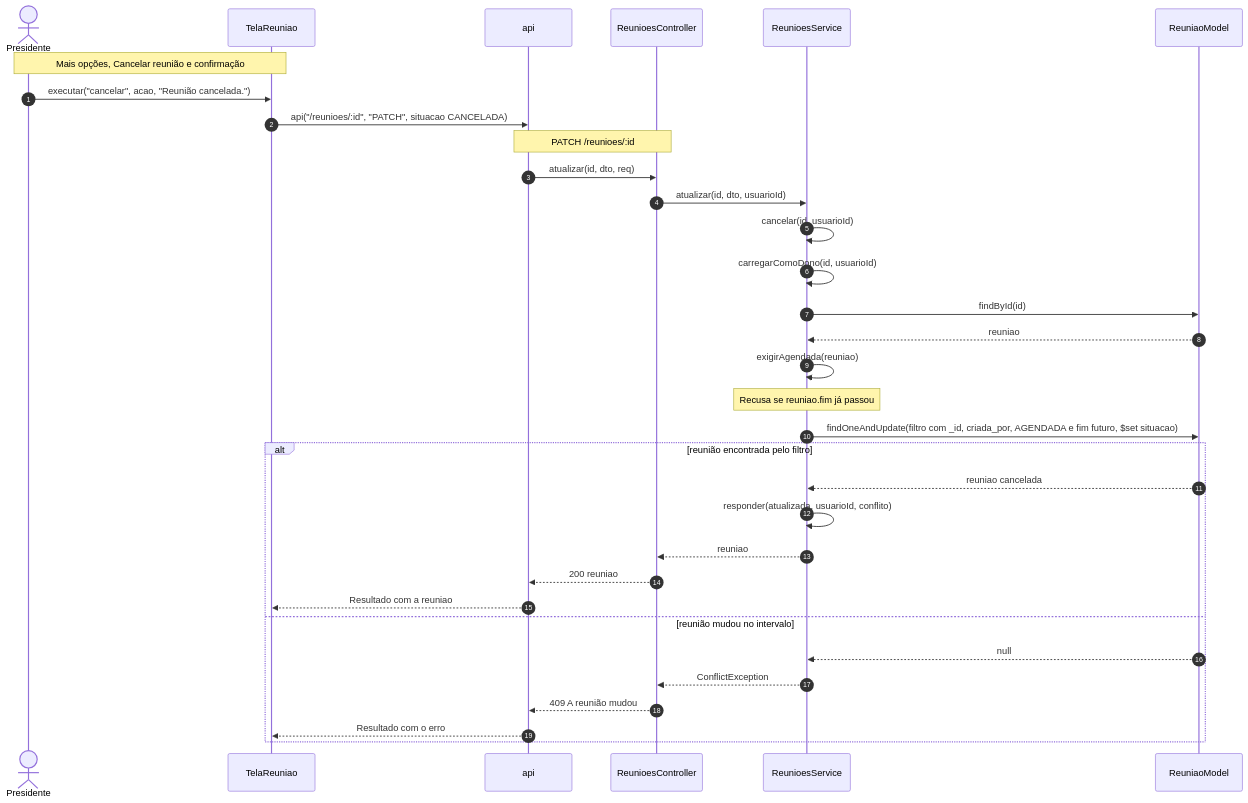
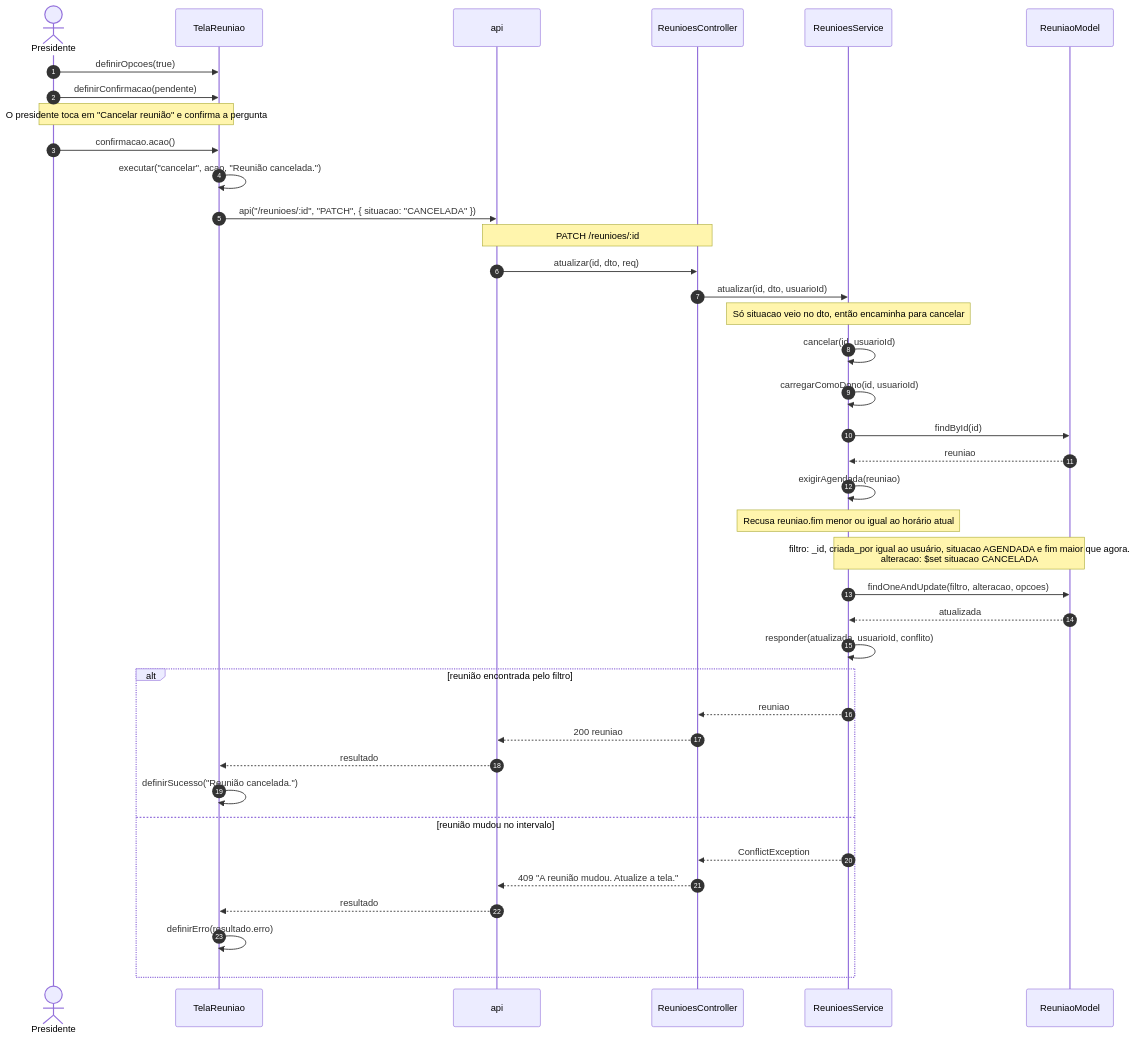
Before and after one commit to Conecta-IFSP/DOCUMENTATION: the fourth of 20 diagrams in 3 - Incremento2/reunioes/6 - diagramas-sequencia-reunioes.md, drawn with Mermaid. The commit also changed other lines of this file and 10 other files, not shown here.

````diff
--- a/3 - Incremento2/reunioes/6 - diagramas-sequencia-reunioes.md
+++ b/3 - Incremento2/reunioes/6 - diagramas-sequencia-reunioes.md
@@ -110,35 +135,41 @@
 ```mermaid
 sequenceDiagram
     autonumber
     actor U as Presidente
     participant T as TelaReuniao
     participant A as api
     participant C as ReunioesController
     participant S as ReunioesService
     participant M as ReuniaoModel
-    Note over U,T: Mais opções, Cancelar reunião e confirmação
-    U->>T: executar("cancelar", acao, "Reunião cancelada.")
-    T->>A: api("/reunioes/:id", "PATCH", situacao CANCELADA)
+    U->>T: definirOpcoes(true)
+    U->>T: definirConfirmacao(pendente)
+    Note over U,T: O presidente toca em "Cancelar reunião" e confirma a pergunta
+    U->>T: confirmacao.acao()
+    T->>T: executar("cancelar", acao, "Reunião cancelada.")
+    T->>A: api("/reunioes/:id", "PATCH", { situacao: "CANCELADA" })
     Note over A,C: PATCH /reunioes/:id
     A->>C: atualizar(id, dto, req)
     C->>S: atualizar(id, dto, usuarioId)
+    Note over S: Só situacao veio no dto, então encaminha para cancelar
     S->>S: cancelar(id, usuarioId)
     S->>S: carregarComoDono(id, usuarioId)
     S->>M: findById(id)
     M-->>S: reuniao
     S->>S: exigirAgendada(reuniao)
-    Note over S: Recusa se reuniao.fim já passou
-    S->>M: findOneAndUpdate(filtro com _id, criada_por, AGENDADA e fim futuro, $set situacao)
+    Note over S: Recusa reuniao.fim menor ou igual ao horário atual
+    Note over S,M: filtro: _id, criada_por igual ao usuário, situacao AGENDADA e fim maior que agora.<br/>alteracao: $set situacao CANCELADA
+    S->>M: findOneAndUpdate(filtro, alteracao, opcoes)
+    M-->>S: atualizada
+    S->>S: responder(atualizada, usuarioId, conflito)
     alt reunião encontrada pelo filtro
-        M-->>S: reuniao cancelada
-        S->>S: responder(atualizada, usuarioId, conflito)
         S-->>C: reuniao
         C-->>A: 200 reuniao
-        A-->>T: Resultado com a reuniao
+        A-->>T: resultado
+        T->>T: definirSucesso("Reunião cancelada.")
     else reunião mudou no intervalo
-        M-->>S: null
         S-->>C: ConflictException
-        C-->>A: 409 A reunião mudou
-        A-->>T: Resultado com o erro
+        C-->>A: 409 "A reunião mudou. Atualize a tela."
+        A-->>T: resultado
+        T->>T: definirErro(resultado.erro)
     end
 ```
````
